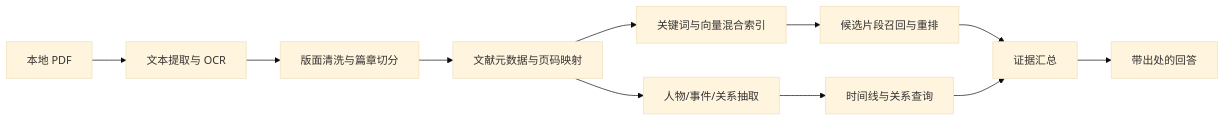
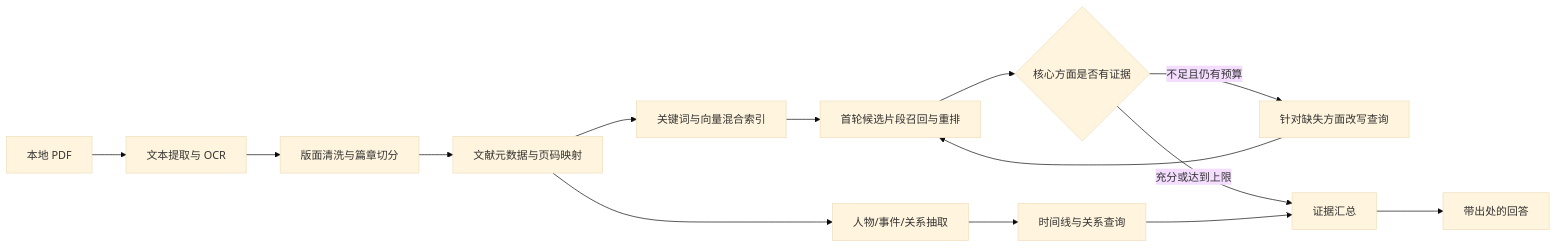
The diagram in README.md (bibofu/history-agent), drawn with Mermaid (base theme) before and after one commit. The commit also changed other lines of this file and 14 other files, not shown here.

````diff
--- a/README.md
+++ b/README.md
@@ -356,13 +356,16 @@
 ```mermaid
 flowchart LR
     A[本地 PDF] --> B[文本提取与 OCR]
     B --> C[版面清洗与篇章切分]
     C --> D[文献元数据与页码映射]
     D --> E[关键词与向量混合索引]
     D --> F[人物/事件/关系抽取]
-    E --> G[候选片段召回与重排]
+    E --> G[首轮候选片段召回与重排]
     F --> H[时间线与关系查询]
-    G --> I[证据汇总]
+    G --> R{核心方面是否有证据}
+    R -->|不足且仍有预算| Q[针对缺失方面改写查询]
+    Q --> G
+    R -->|充分或达到上限| I[证据汇总]
     H --> I
     I --> J[带出处的回答]
 ```
````
